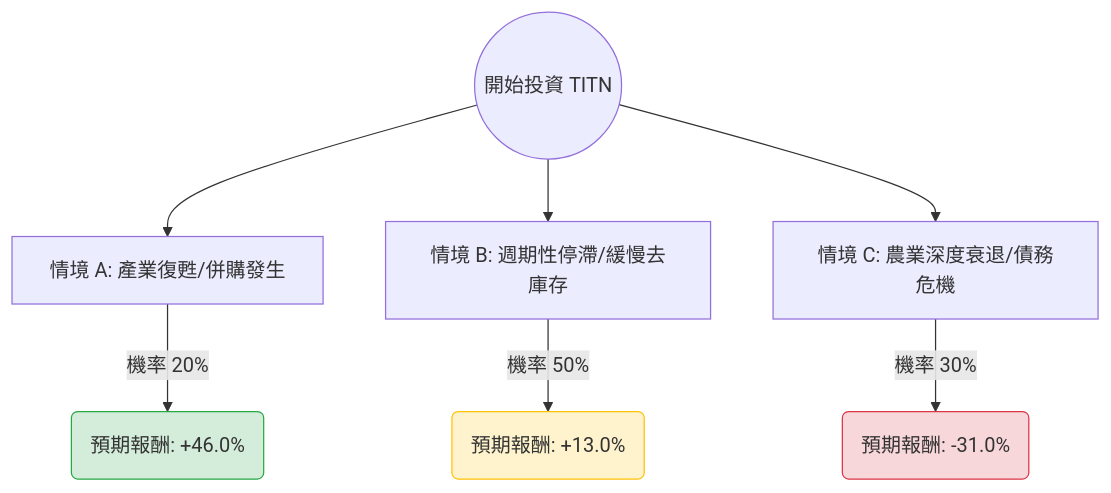
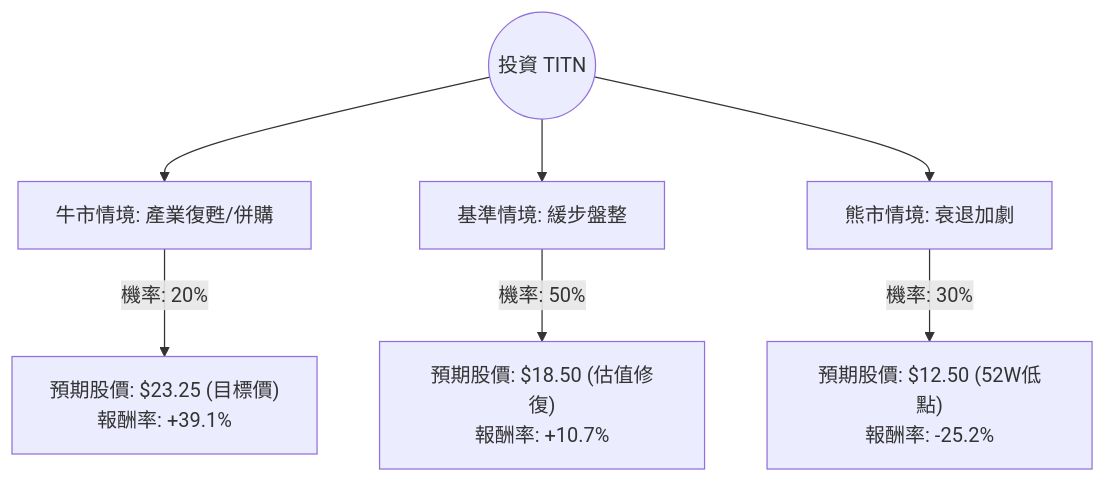
The diagram in plugin-react/ai-analysis/ev-analysis/TITN.md (zmcx16/zmcx16.github.io), drawn with Mermaid before and after one commit. The commit also changed other lines of this file and 76 other files, not shown here.

````diff
--- a/plugin-react/ai-analysis/ev-analysis/TITN.md
+++ b/plugin-react/ai-analysis/ev-analysis/TITN.md
@@ -19,14 +23,10 @@
 ```mermaid
 graph TD
-    Start((開始投資 TITN)) --> Bull[情境 A: 產業復甦/併購發生]
-    Start --> Base[情境 B: 週期性停滯/緩慢去庫存]
-    Start --> Bear[情境 C: 農業深度衰退/債務危機]
+    Start((投資 TITN)) --> Bull[牛市情境: 產業復甦/併購]
+    Start --> Base[基準情境: 緩步盤整]
+    Start --> Bear[熊市情境: 衰退加劇]
 
-    Bull -- "機率 20%" --> BullResult(預期報酬: +46.0%)
-    Base -- "機率 50%" --> BaseResult(預期報酬: +13.0%)
-    Bear -- "機率 30%" --> BearResult(預期報酬: -31.0%)
-
-    style BullResult fill:#d4edda,stroke:#28a745
-    style BaseResult fill:#fff3cd,stroke:#ffc107
-    style BearResult fill:#f8d7da,stroke:#dc3545
+    Bull -- "機率: 20%" --> BullVal["預期股價: $23.25 (目標價)<br/>報酬率: +39.1%"]
+    Base -- "機率: 50%" --> BaseVal["預期股價: $18.50 (估值修復)<br/>報酬率: +10.7%"]
+    Bear -- "機率: 30%" --> BearVal["預期股價: $12.50 (52W低點)<br/>報酬率: -25.2%"]
 ```
````
